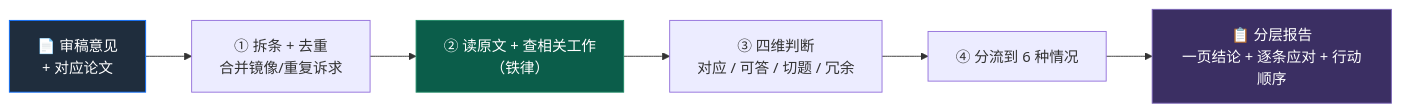
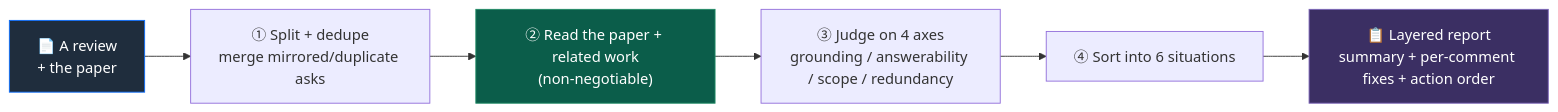
Before and after one commit to Dzyy123/review-lens: the first of 2 diagrams in README.md, drawn with Mermaid. The commit also changed other lines of this file and 2 other files, not shown here.

First line of the commit message:
Add MIT LICENSE and split README into English (primary) and Chinese

````diff
--- a/README.md
+++ b/README.md
@@ -58,12 +60,12 @@
 ```mermaid
 flowchart LR
-    A["📄 审稿意见<br/>+ 对应论文"] --> B["① 拆条 + 去重<br/>合并镜像/重复诉求"]
-    B --> C["② 读原文 + 查相关工作<br/>（铁律）"]
-    C --> D["③ 四维判断<br/>对应 / 可答 / 切题 / 冗余"]
-    D --> E["④ 分流到 6 种情况"]
-    E --> F["📋 分层报告<br/>一页结论 + 逐条应对 + 行动顺序"]
+    A["📄 A review<br/>+ the paper"] --> B["① Split + dedupe<br/>merge mirrored/duplicate asks"]
+    B --> C["② Read the paper + related work<br/>(non-negotiable)"]
+    C --> D["③ Judge on 4 axes<br/>grounding / answerability / scope / redundancy"]
+    D --> E["④ Sort into 6 situations"]
+    E --> F["📋 Layered report<br/>summary + per-comment fixes + action order"]
 
     style A fill:#1f2d3d,stroke:#0d6efd,color:#fff
     style C fill:#0b5d4a,stroke:#1f8a65,color:#fff
     style F fill:#3b2f63,stroke:#7b64b8,color:#fff
 ```
````
